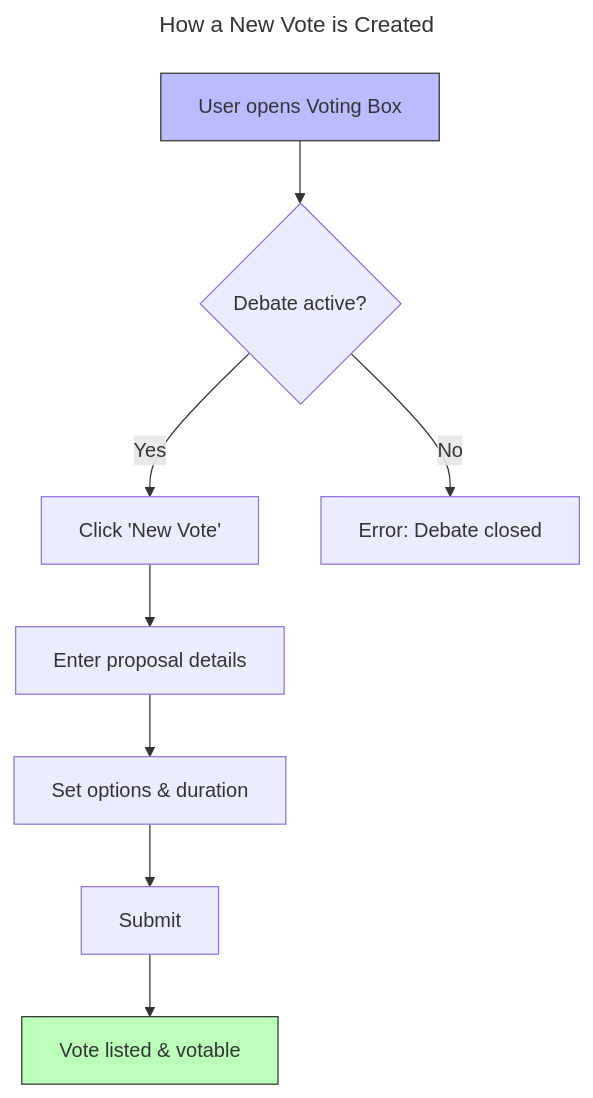
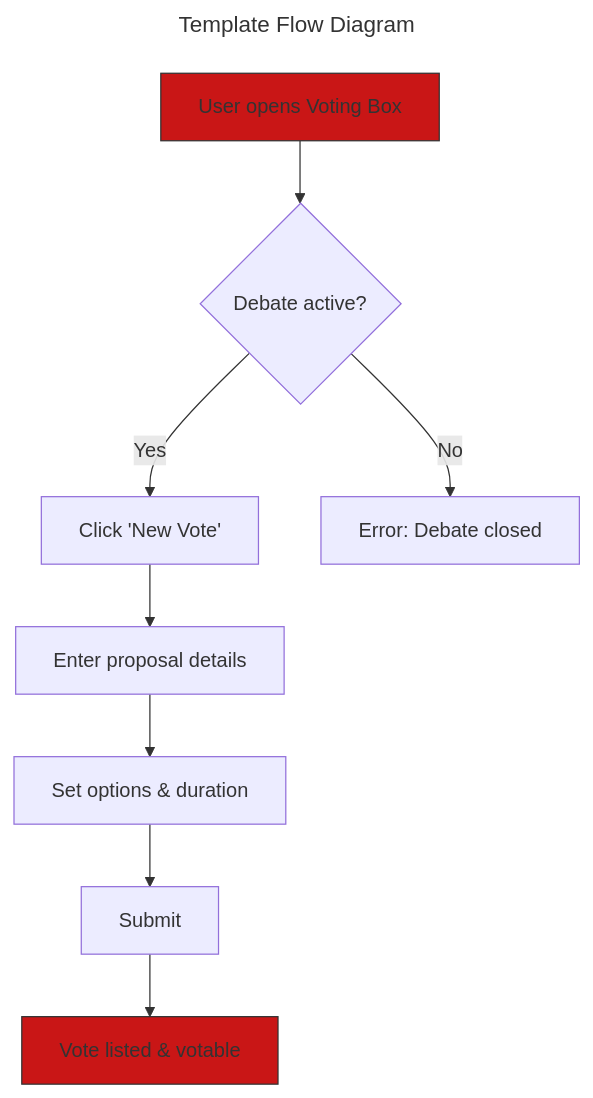
Before and after one commit to datweeds/debate: the diagram in docs/index.md, drawn with Mermaid. The commit also changed other lines of this file, not shown here.

````diff
--- a/docs/index.md
+++ b/docs/index.md
@@ -15,15 +23,15 @@
-```mermaid
----
-title: How a New Vote is Created
----
-flowchart TD
-    A[User opens Voting Box] --> B{Debate active?}
-    B -->|Yes| C[Click 'New Vote']
-    B -->|No| D[Error: Debate closed]
-    C --> E[Enter proposal details]
-    E --> F[Set options & duration]
-    F --> G[Submit]
-    G --> H[Vote listed & votable]
-    style A fill:#bbf,stroke:#333
-    style H fill:#bfb,stroke:#333
-```
+    ```mermaid
+    ---
+    title: Template Flow Diagram
+    ---
+    flowchart TD
+        A[User opens Voting Box] --> B{Debate active?}
+        B -->|Yes| C[Click 'New Vote']
+        B -->|No| D[Error: Debate closed]
+        C --> E[Enter proposal details]
+        E --> F[Set options & duration]
+        F --> G[Submit]
+        G --> H[Vote listed & votable]
+        style A fill:#C91616,stroke:#333
+        style H fill:#C91616,stroke:#333
+    ```
````
